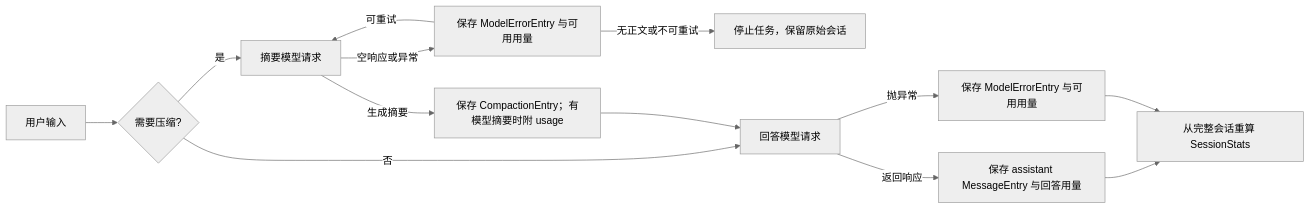
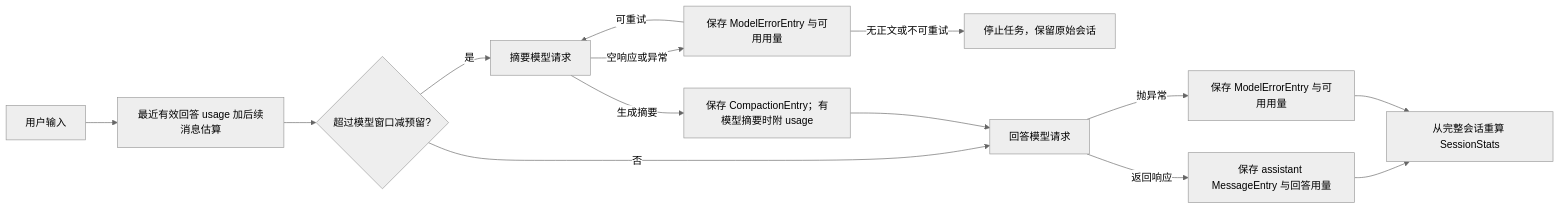
The first of 2 diagrams in s11_runtime_observability/README.md (liuying151203-create/zero2pi), drawn with Mermaid (neutral theme) before and after one commit. The commit also changed other lines of this file and 24 other files, not shown here.

````diff
--- a/s11_runtime_observability/README.md
+++ b/s11_runtime_observability/README.md
@@ -37,15 +39,16 @@
 ```mermaid
 flowchart LR
-    A[用户输入] --> B{需要压缩?}
+    A[用户输入] --> U[最近有效回答 usage 加后续消息估算]
+    U --> B{超过模型窗口减预留?}
     B -- 是 --> C[摘要模型请求]
     C -- 生成摘要 --> D[保存 CompactionEntry；有模型摘要时附 usage]
     C -- 空响应或异常 --> J[保存 ModelErrorEntry 与可用用量]
     J -- 可重试 --> C
     J -- 无正文或不可重试 --> K[停止任务，保留原始会话]
     B -- 否 --> E[回答模型请求]
     D --> E
     E -- 返回响应 --> F[保存 assistant MessageEntry 与回答用量]
     E -- 抛异常 --> G[保存 ModelErrorEntry 与可用用量]
     F --> H[从完整会话重算 SessionStats]
     G --> H
 ```
````
